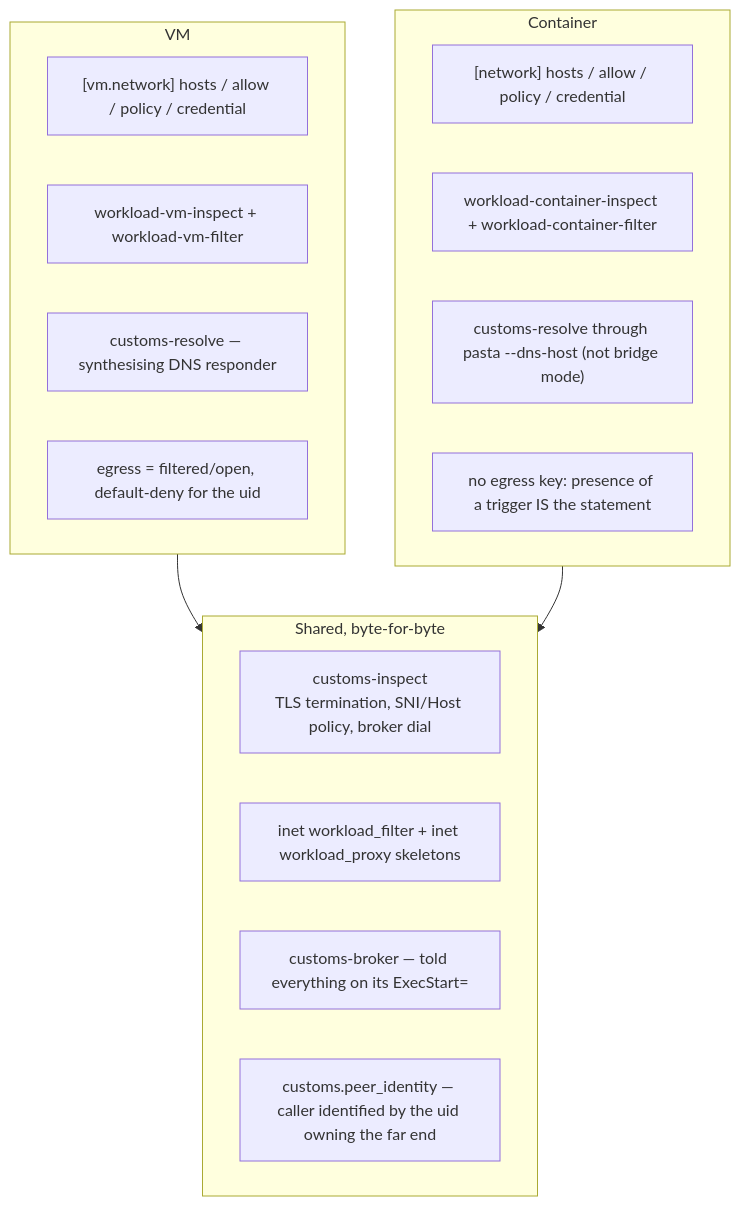
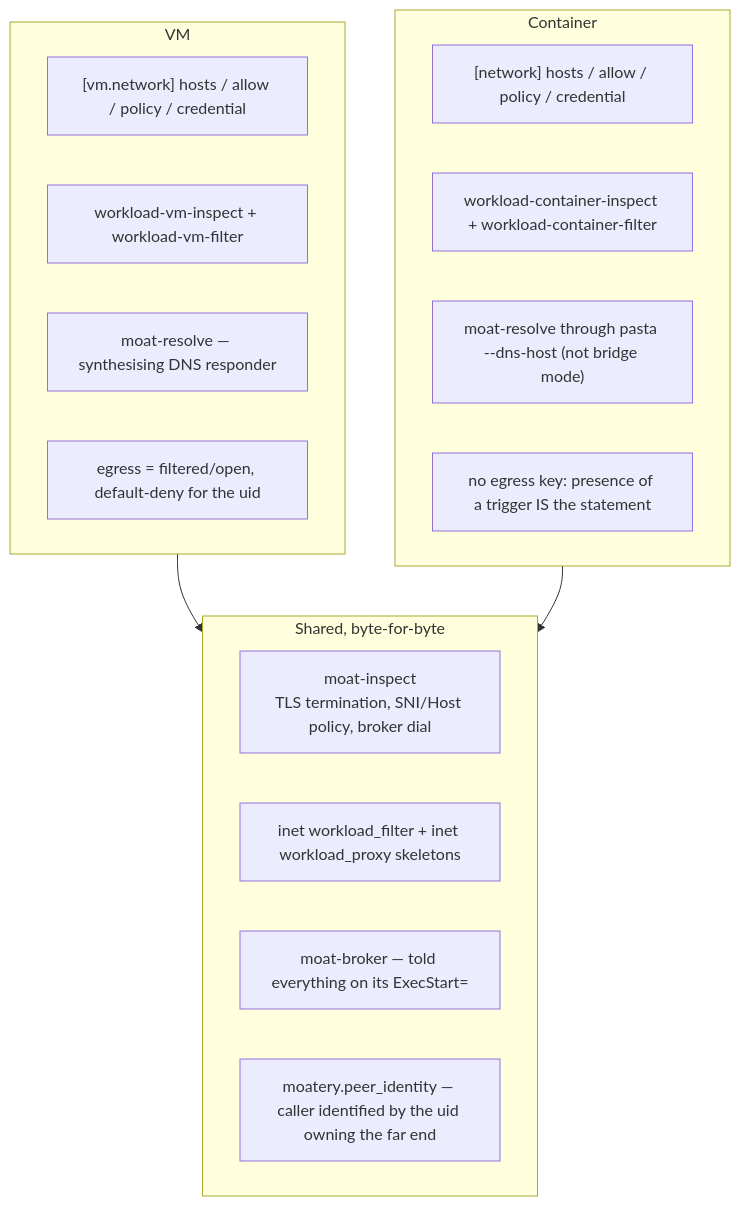
One commit to BenSmith/workloadctl changed the sixth of 7 diagrams in docs/egress-and-broker-architecture.md. Above: the diagram before and after it, drawn with Mermaid. The commit also changed other lines of this file and 71 other files, not shown here.

First line of the commit message:
moatery 0.6.0: customs renamed; programs moat-*, normalize_hostname

````diff
--- a/docs/egress-and-broker-architecture.md
+++ b/docs/egress-and-broker-architecture.md
@@ -242,26 +242,26 @@
 ```mermaid
 flowchart TB
   subgraph shared["Shared, byte-for-byte"]
-    LST["customs-inspect<br/>TLS termination, SNI/Host policy, broker dial"]
+    LST["moat-inspect<br/>TLS termination, SNI/Host policy, broker dial"]
     NFT2["inet workload_filter + inet workload_proxy skeletons"]
-    BRK["customs-broker — told everything on its ExecStart="]
-    PI["customs.peer_identity — caller identified by the uid owning the far end"]
+    BRK["moat-broker — told everything on its ExecStart="]
+    PI["moatery.peer_identity — caller identified by the uid owning the far end"]
   end
 
   subgraph vm["VM"]
     VT["[vm.network] hosts / allow / policy / credential"]
     VA["workload-vm-inspect + workload-vm-filter"]
-    VR["customs-resolve — synthesising DNS responder"]
+    VR["moat-resolve — synthesising DNS responder"]
     VE["egress = filtered/open, default-deny for the uid"]
   end
 
   subgraph ct["Container"]
     CT["[network] hosts / allow / policy / credential"]
     CA["workload-container-inspect + workload-container-filter"]
-    CN["customs-resolve through pasta --dns-host (not bridge mode)"]
+    CN["moat-resolve through pasta --dns-host (not bridge mode)"]
     CE["no egress key: presence of a trigger IS the statement"]
   end
 
   vm --> shared
   ct --> shared
 ```
````
